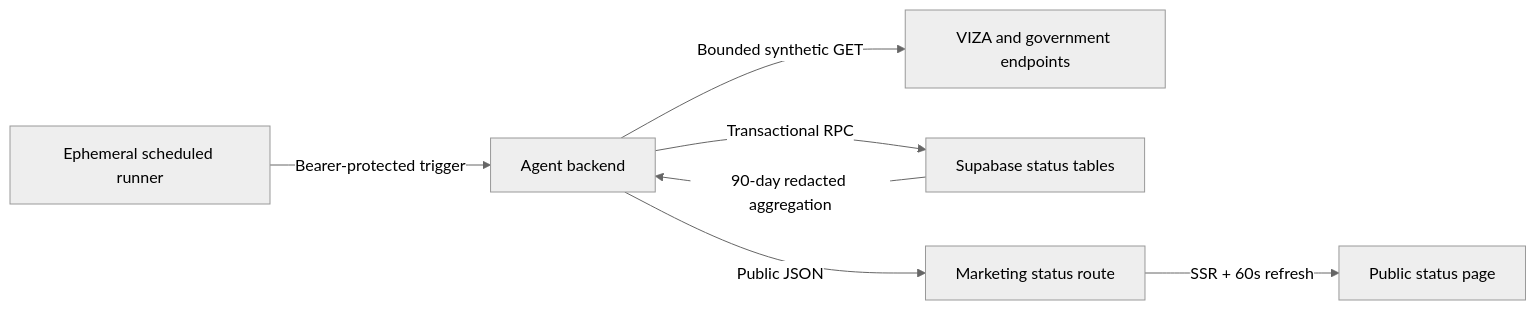
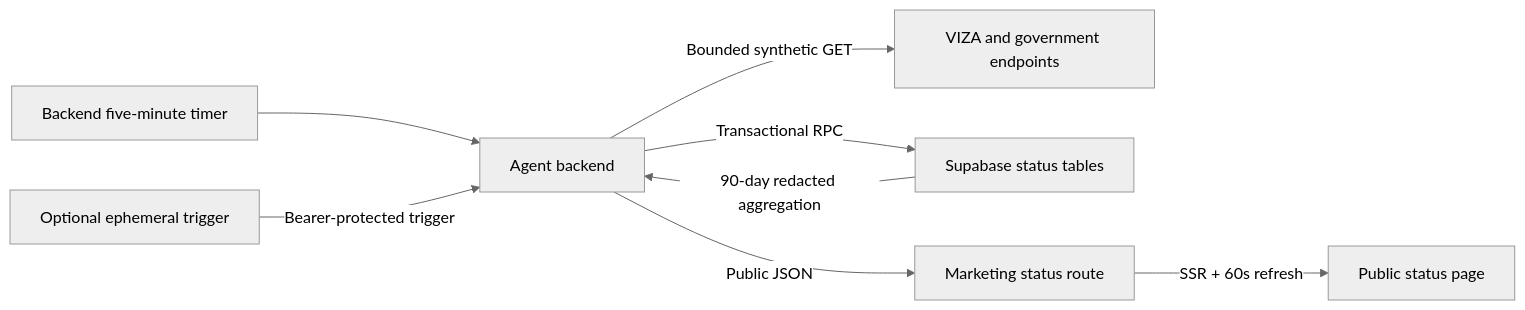
One commit to Nanan-Holdings/VIZA-monorepo changed the diagram in docs/observability/public-status-tracking.md. Above: the diagram before and after it, drawn with Mermaid (neutral theme). The commit also changed other lines of this file and 3 other files, not shown here.

````diff
--- a/docs/observability/public-status-tracking.md
+++ b/docs/observability/public-status-tracking.md
@@ -55,9 +57,10 @@
 ```mermaid
 flowchart LR
-  GHA["Ephemeral scheduled runner"] -->|"Bearer-protected trigger"| API["Agent backend"]
+  TIMER["Backend five-minute timer"] --> API["Agent backend"]
+  GHA["Optional ephemeral trigger"] -->|"Bearer-protected trigger"| API
   API -->|"Bounded synthetic GET"| EXT["VIZA and government endpoints"]
   API -->|"Transactional RPC"| DB["Supabase status tables"]
   DB -->|"90-day redacted aggregation"| API
   API -->|"Public JSON"| MKT["Marketing status route"]
   MKT -->|"SSR + 60s refresh"| USER["Public status page"]
 ```
````
